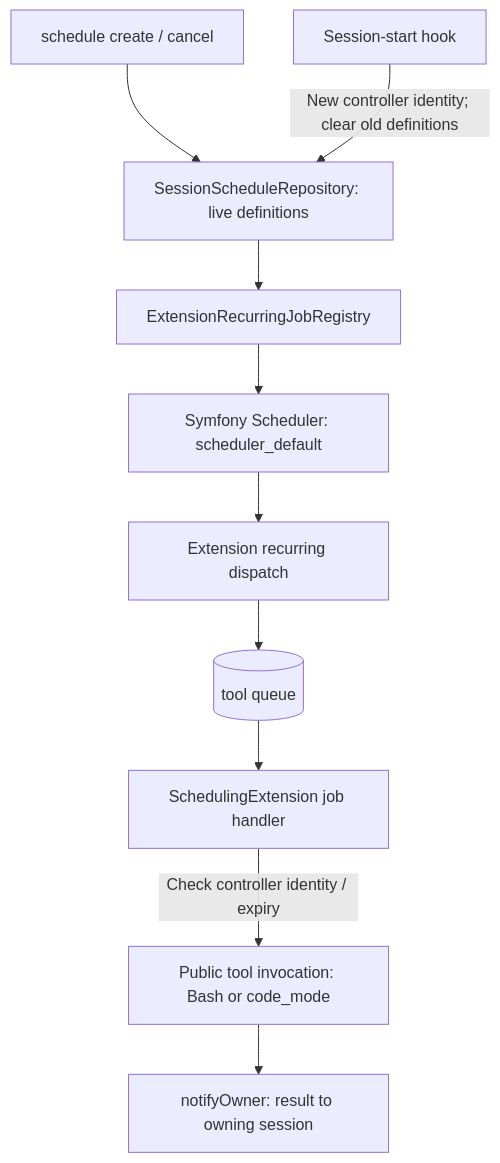
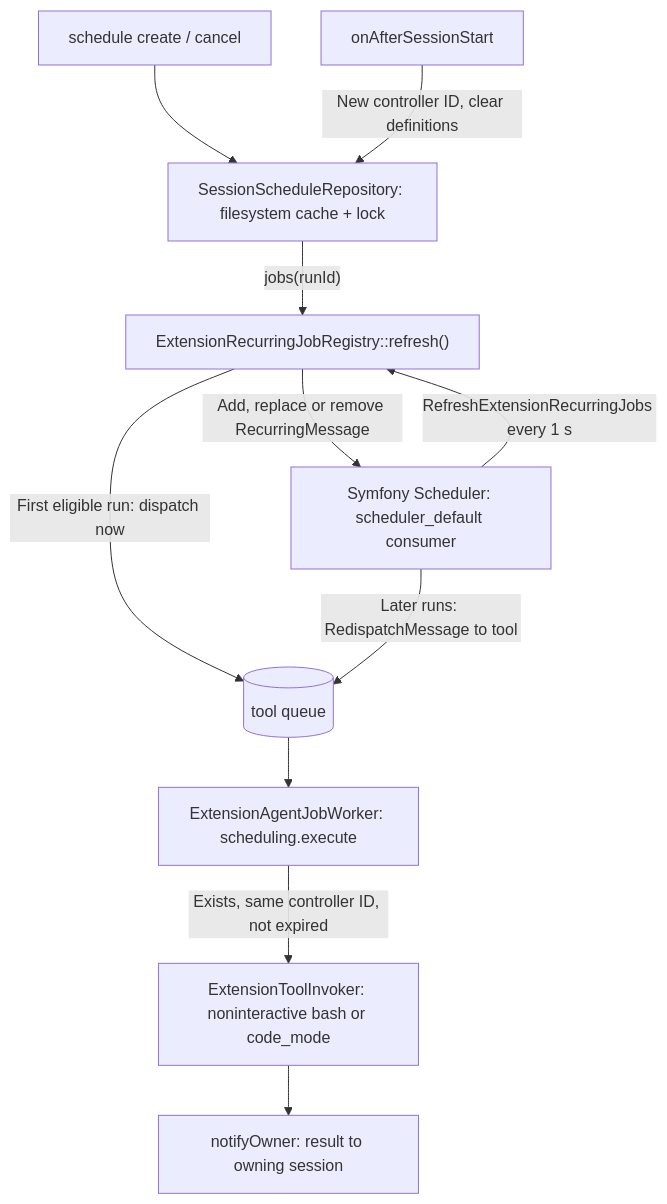
The third of 3 diagrams in architecture/code-mode-and-scheduling.md (ineersa/agent-core), drawn with Mermaid before and after one commit. The commit also changed other lines of this file and 86 other files, not shown here.

First line of the commit message:
Fix documentation drift and expand architecture diagrams

````diff
--- a/architecture/code-mode-and-scheduling.md
+++ b/architecture/code-mode-and-scheduling.md
@@ -80,12 +149,13 @@
 ```mermaid
 flowchart TB
-    Create["schedule create / cancel"] --> Store["SessionScheduleRepository: live definitions"]
-    Start["Session-start hook"] -->|New controller identity; clear old definitions| Store
-    Store --> Source["ExtensionRecurringJobRegistry"]
-    Source --> Scheduler["Symfony Scheduler: scheduler_default"]
-    Scheduler --> Dispatcher["Extension recurring dispatch"]
-    Dispatcher --> Queue[(tool queue)]
-    Queue --> Job["SchedulingExtension job handler"]
-    Job -->|Check controller identity / expiry| Invoke["Public tool invocation: Bash or code_mode"]
+    Tool["schedule create / cancel"] --> Store["SessionScheduleRepository: filesystem cache + lock"]
+    Start["onAfterSessionStart"] -->|"New controller ID, clear definitions"| Store
+    Scheduler["Symfony Scheduler: scheduler_default consumer"] -->|"RefreshExtensionRecurringJobs every 1 s"| Registry["ExtensionRecurringJobRegistry::refresh()"]
+    Store -->|"jobs(runId)"| Registry
+    Registry -->|"Add, replace or remove RecurringMessage"| Scheduler
+    Registry -->|"First eligible run: dispatch now"| Queue[("tool queue")]
+    Scheduler -->|"Later runs: RedispatchMessage to tool"| Queue
+    Queue --> Job["ExtensionAgentJobWorker: scheduling.execute"]
+    Job -->|"Exists, same controller ID, not expired"| Invoke["ExtensionToolInvoker: noninteractive bash or code_mode"]
     Invoke --> Notice["notifyOwner: result to owning session"]
 ```
````
